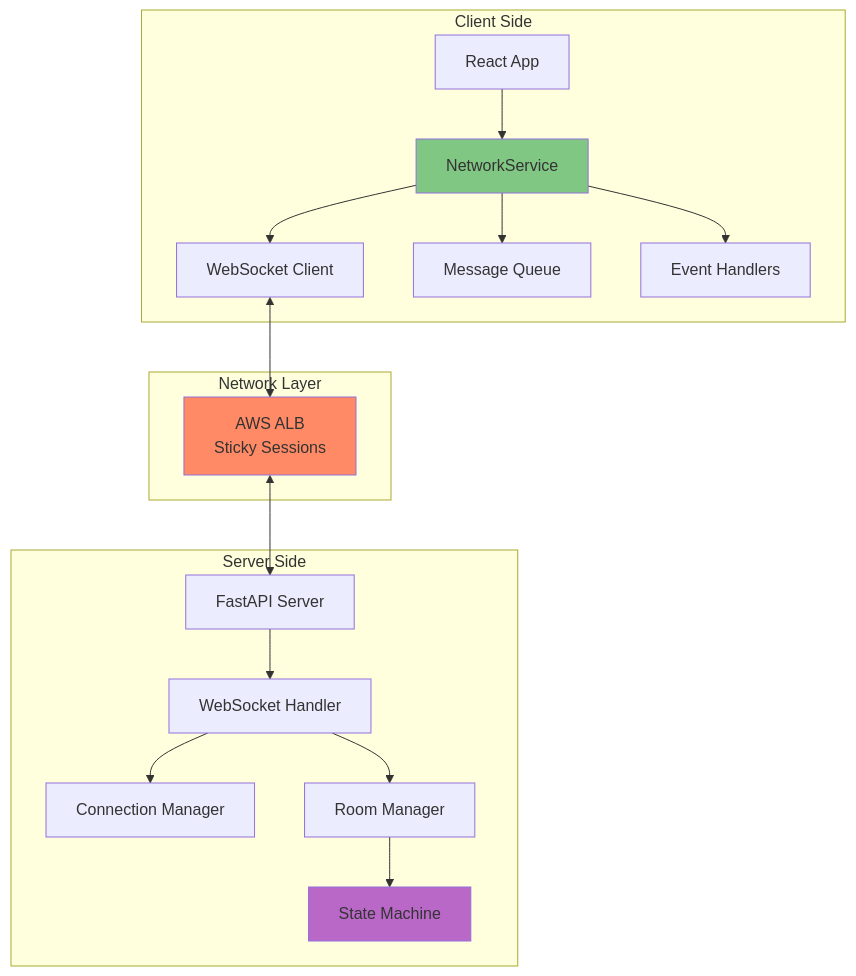
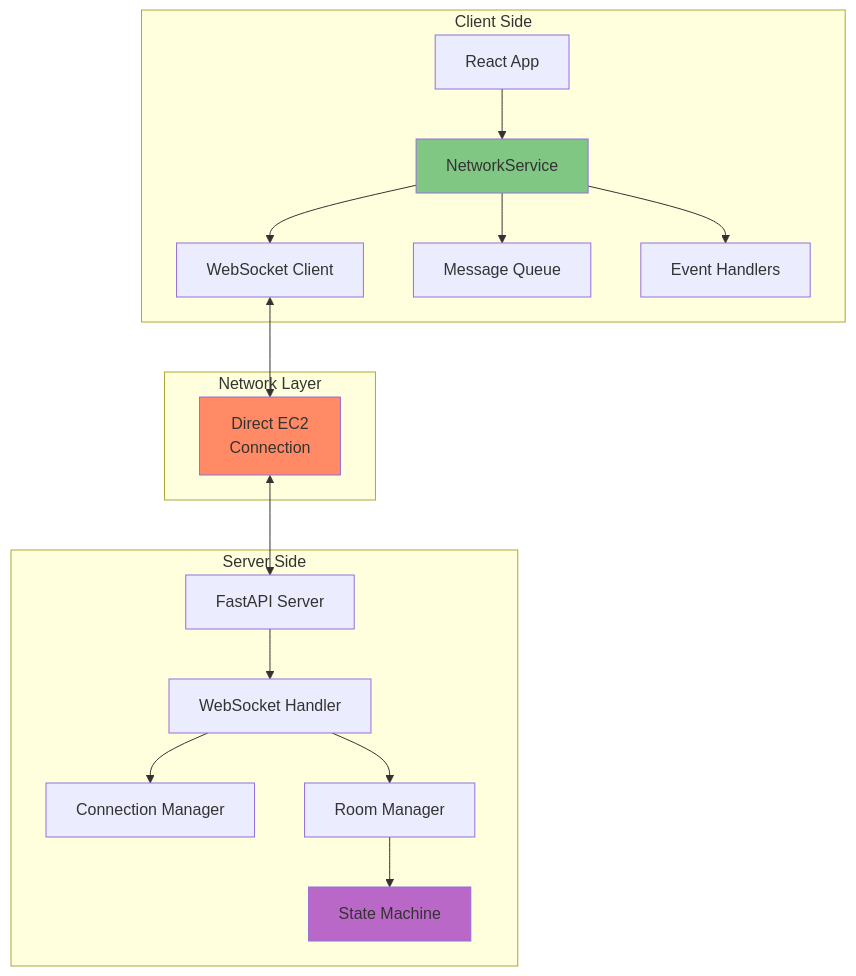
The first of 2 diagrams in docs/02-flow-traces/WEBSOCKET_FLOW.md (andynenth/tui-backend), drawn with Mermaid before and after one commit. The commit also changed other lines of this file and 7 other files, not shown here.

````diff
--- a/docs/02-flow-traces/WEBSOCKET_FLOW.md
+++ b/docs/02-flow-traces/WEBSOCKET_FLOW.md
@@ -31,39 +31,39 @@
 ```mermaid
 graph TB
     subgraph "Client Side"
         React[React App]
         NS[NetworkService]
         WS_Client[WebSocket Client]
         Queue[Message Queue]
         Handlers[Event Handlers]
     end
     
     subgraph "Network Layer"
-        ALB[AWS ALB<br/>Sticky Sessions]
+        EC2[Direct EC2<br/>Connection]
     end
     
     subgraph "Server Side"
         FastAPI[FastAPI Server]
         WS_Handler[WebSocket Handler]
         ConnMgr[Connection Manager]
         RoomMgr[Room Manager]
         SM[State Machine]
     end
     
     React --> NS
     NS --> WS_Client
     NS --> Queue
     NS --> Handlers
     
-    WS_Client <--> ALB
-    ALB <--> FastAPI
+    WS_Client <--> EC2
+    EC2 <--> FastAPI
     
     FastAPI --> WS_Handler
     WS_Handler --> ConnMgr
     WS_Handler --> RoomMgr
     RoomMgr --> SM
     
     style NS fill:#81c784
     style SM fill:#ba68c8
-    style ALB fill:#ff8a65
+    style EC2 fill:#ff8a65
 ```
````
